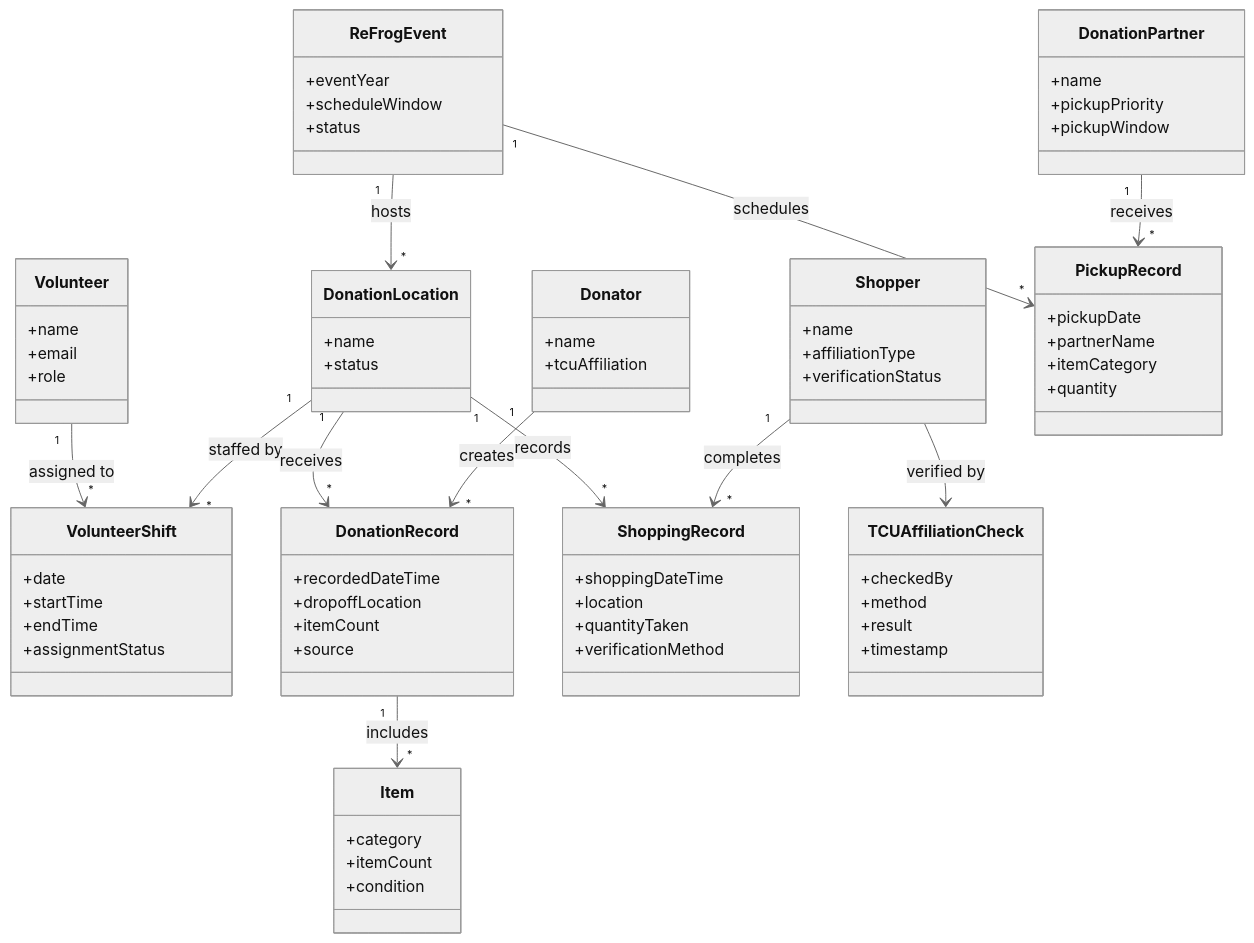
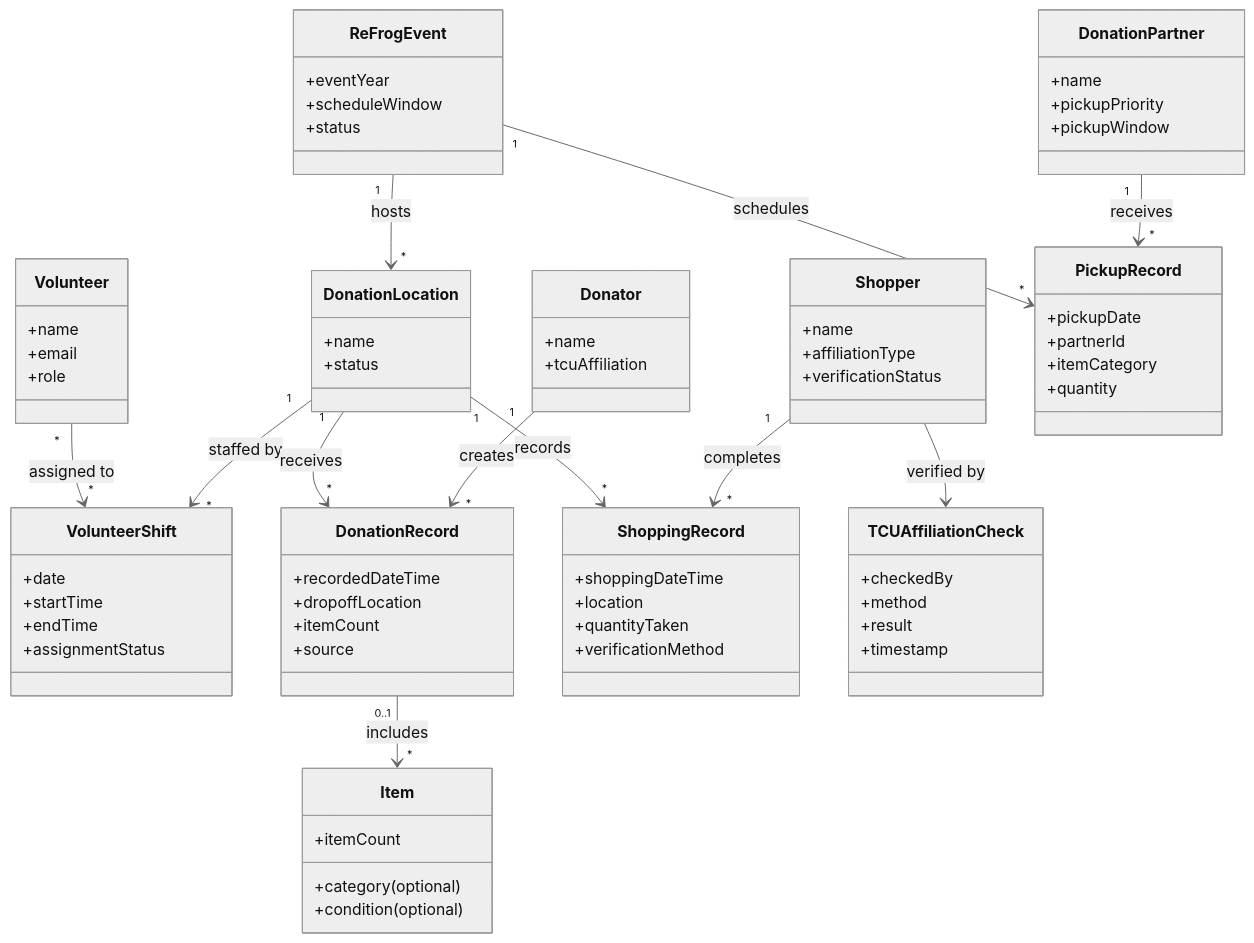
One commit to evelyntrann/cosc-40943-team-3-refrog changed the diagram in docs/requirements/software-requirements-specification.md. Above: the diagram before and after it, drawn with Mermaid (neutral theme). The commit also changed other lines of this file, not shown here.

```diff
--- a/docs/requirements/software-requirements-specification.md
+++ b/docs/requirements/software-requirements-specification.md
@@ -192,9 +192,9 @@
   }
 
   class Item {
-    +category
+    +category(optional)
     +itemCount
-    +condition
+    +condition(optional)
   }
 
   class DonationRecord {
@@ -232,17 +232,17 @@
 
   class PickupRecord {
     +pickupDate
-    +partnerName
+    +partnerId
     +itemCategory
     +quantity
   }
 
   ReFrogEvent "1" --> "*" DonationLocation : hosts
   DonationLocation "1" --> "*" VolunteerShift : staffed by
-  Volunteer "1" --> "*" VolunteerShift : assigned to
+  Volunteer "*" --> "*" VolunteerShift : assigned to
   Donator "1" --> "*" DonationRecord : creates
   DonationLocation "1" --> "*" DonationRecord : receives
-  DonationRecord "1" --> "*" Item : includes
+  DonationRecord "0..1" --> "*" Item : includes
   Shopper "1" --> "*" ShoppingRecord : completes
   DonationLocation "1" --> "*" ShoppingRecord : records
   Shopper --> TCUAffiliationCheck : verified by
```
